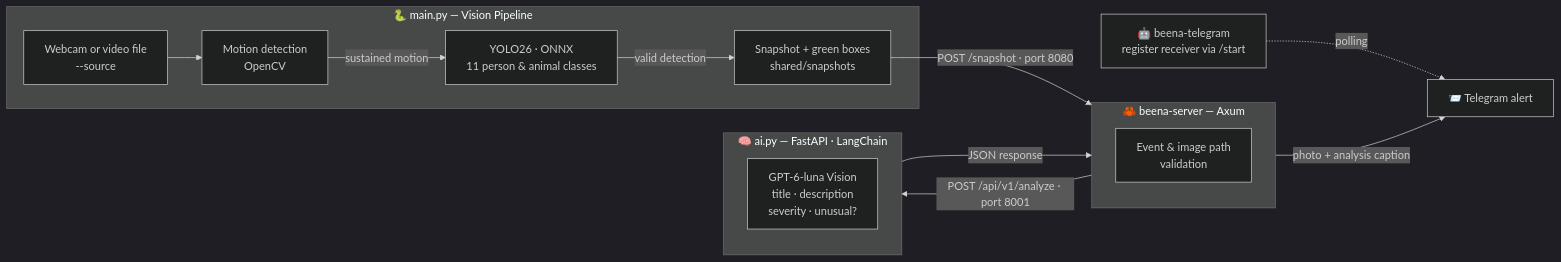
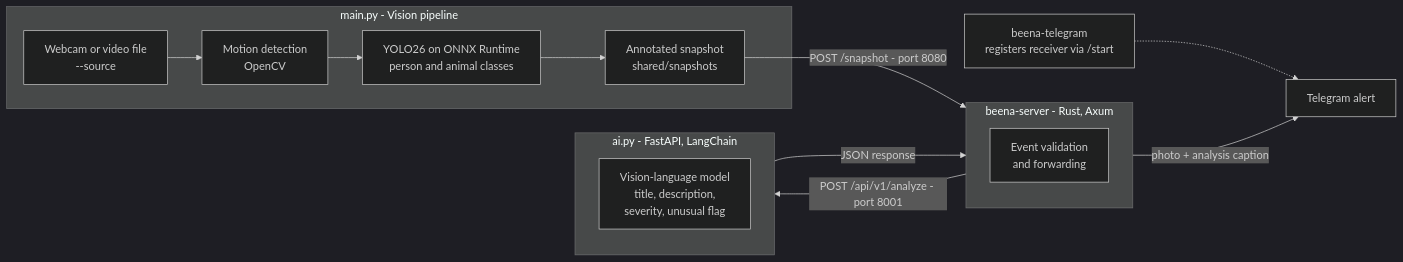
One commit to Owurk/Beena changed the diagram in README.md. Above: the diagram before and after it, drawn with Mermaid (dark theme). The commit also changed other lines of this file, not shown here.

````diff
--- a/README.md
+++ b/README.md
@@ -45,19 +48,19 @@
 ```mermaid
 flowchart LR
-    subgraph V["🐍 main.py — Vision Pipeline"]
+    subgraph V["main.py - Vision pipeline"]
         A["Webcam or video file<br/>--source"] --> B["Motion detection<br/>OpenCV"]
-        B -- "sustained motion" --> C["YOLO26 · ONNX<br/>11 person & animal classes"]
-        C -- "valid detection" --> D["Snapshot + green boxes<br/>shared/snapshots"]
+        B --> C["YOLO26 on ONNX Runtime<br/>person and animal classes"]
+        C --> D["Annotated snapshot<br/>shared/snapshots"]
     end
-    D -- "POST /snapshot · port 8080" --> S
-    subgraph S["🦀 beena-server — Axum"]
-        E["Event & image path<br/>validation"]
+    D -- "POST /snapshot - port 8080" --> S
+    subgraph S["beena-server - Rust, Axum"]
+        E["Event validation<br/>and forwarding"]
     end
-    S -- "POST /api/v1/analyze · port 8001" --> Z
-    subgraph Z["🧠 ai.py — FastAPI · LangChain"]
-        F["GPT-6-luna Vision<br/>title · description<br/>severity · unusual?"]
+    S -- "POST /api/v1/analyze - port 8001" --> Z
+    subgraph Z["ai.py - FastAPI, LangChain"]
+        F["Vision-language model<br/>title, description,<br/>severity, unusual flag"]
     end
     Z -- "JSON response" --> S
-    S -- "photo + analysis caption" --> T["📨 Telegram alert"]
-    U["🤖 beena-telegram<br/>register receiver via /start"] -. "polling" .-> T
+    S -- "photo + analysis caption" --> T["Telegram alert"]
+    U["beena-telegram<br/>registers receiver via /start"] -.-> T
 ```
````
